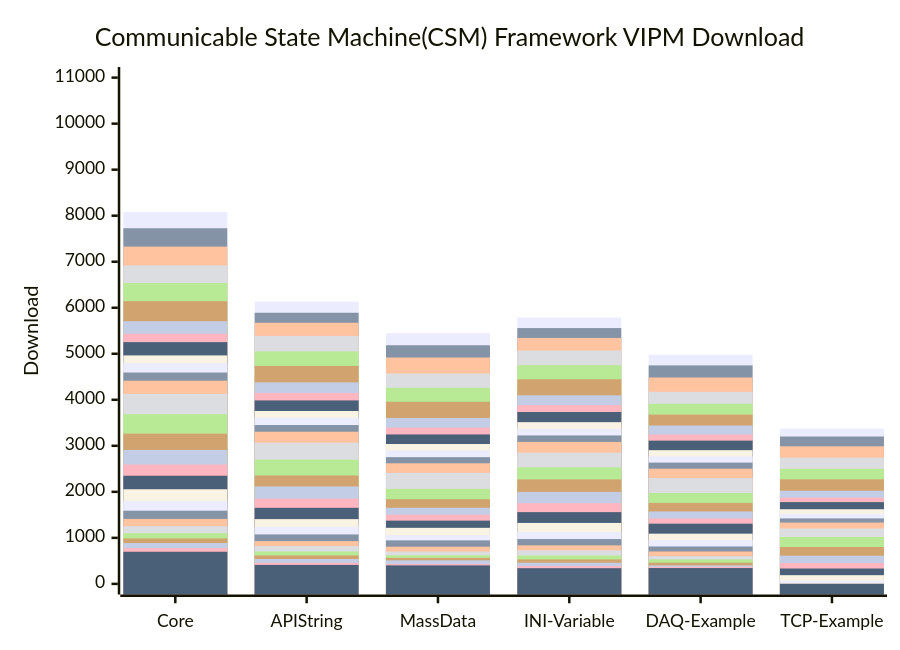
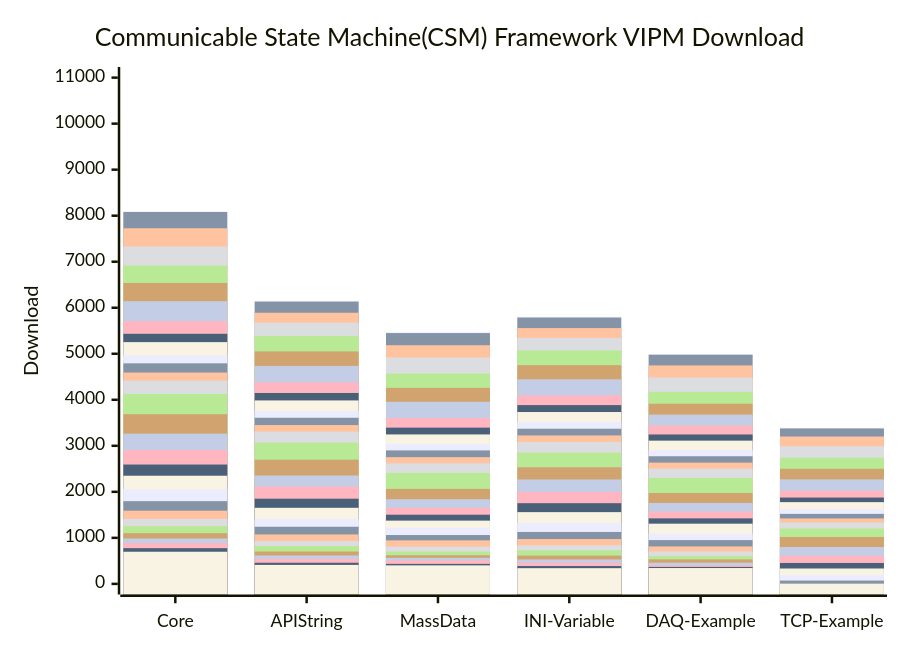
Before and after one commit to NEVSTOP-LAB/.github: the diagram in profile/README.md, drawn with Mermaid. The commit also changed 1 other file, not shown here.

Commit message:
chore: update profile README

````diff
--- a/profile/README.md
+++ b/profile/README.md
@@ -42,35 +42,36 @@
 ```mermaid
     xychart-beta
     title "Communicable State Machine(CSM) Framework VIPM Download"
     x-axis [Core, API String, MassData, INI-Variable, DAQ-Example, TCP-Example]
     y-axis "Download" 0 --> 11000
+    bar   [8094, 6149, 5468, 5803, 4992, 3390, 2026.10]
     bar   [8080, 6134, 5449, 5787, 4979, 3377, 2026.09]
     bar   [7727, 5891, 5185, 5558, 4747, 3202, 2026.08]
     bar   [7328, 5673, 4918, 5343, 4484, 2989, 2026.07]
     bar   [6917, 5388, 4570, 5071, 4173, 2742, 2026.06]
     bar   [6538, 5050, 4260, 4752, 3914, 2501, 2026.05]
     bar   [6142, 4736, 3956, 4445, 3678, 2271, 2026.04]
     bar   [5708, 4379, 3605, 4097, 3441, 2024, 2026.03]
     bar   [5434, 4148, 3395, 3884, 3246, 1876, 2026.02]
     bar   [5253, 3986, 3247, 3734, 3112, 1776, 2026.01]
     bar   [4964, 3756, 3039, 3514, 2905, 1622, 2025.12]
     bar   [4792, 3609, 2900, 3371, 2773, 1521, 2025.11]
     bar   [4592, 3451, 2753, 3225, 2635, 1422, 2025.10]
     bar   [4415, 3306, 2620, 3084, 2503, 1332, 2025.09]
     bar   [4128, 3068, 2411, 2852, 2298, 1203, 2025.08]
     bar   [3687, 2699, 2064, 2533, 1974, 1019, 2025.07]
     bar   [3264, 2355, 1840, 2269, 1759, 801, 2025.06]
     bar   [2910, 2117, 1654, 1998, 1573, 612, 2025.05]
     bar   [2593, 1851, 1503, 1753, 1423, 454, 2025.04]
     bar   [2350, 1653, 1374, 1559, 1308, 334, 2025.03]
     bar   [2056, 1407, 1218, 1324, 1091, 189, 2025.02]
     bar   [1797, 1241, 1061, 1128, 951, 72, 2025.01]
     bar   [1590, 1074, 945, 974, 813, 0, 2024.12]
     bar   [1412, 929, 807, 837, 704, 0, 2024.11]
     bar   [1255, 821, 703, 730, 604, 0, 2024.10]
     bar   [1101, 703, 621, 615, 532, 0, 2024.09]
     bar   [987, 617, 565, 531, 461, 0, 2024.08]
     bar   [887, 541, 512, 459, 402, 0, 2024.07]
     bar   [776, 459, 435, 387, 369, 0, 2024.06]
     bar   [698, 412, 402, 341, 344, 0, 2024.05]
 ```
````
